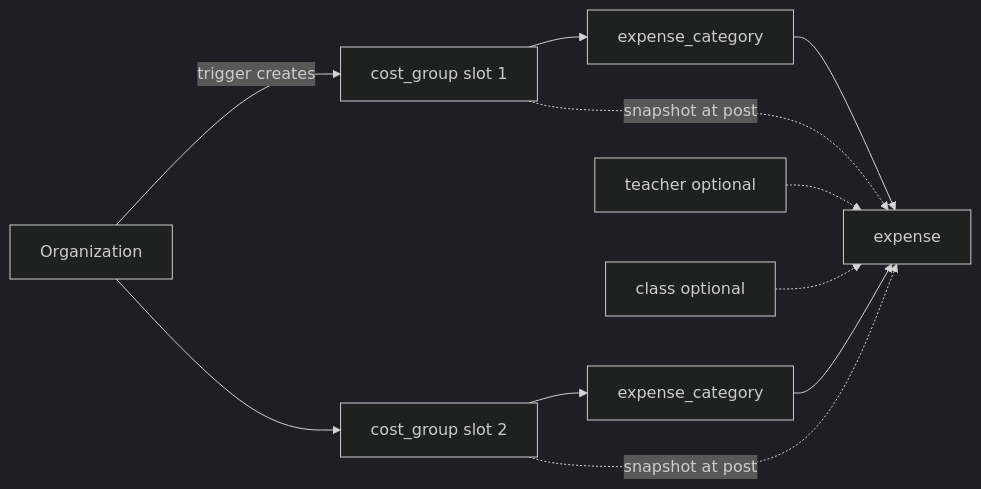
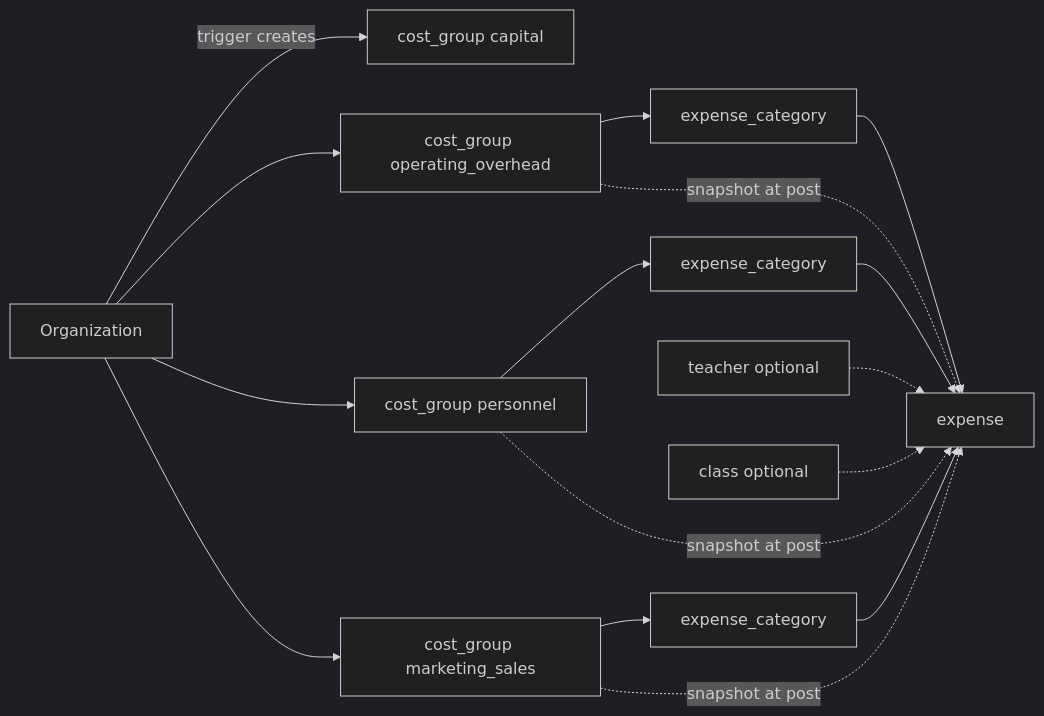
The second of 4 diagrams in docs/m2-finance-domain-contract.md (phuongb2w-lgtm/olli), drawn with Mermaid (dark theme) before and after one commit. The commit also changed other lines of this file and 10 other files, not shown here.

````diff
--- a/docs/m2-finance-domain-contract.md
+++ b/docs/m2-finance-domain-contract.md
@@ -58,13 +58,18 @@
 ```mermaid
 flowchart LR
-    ORG[Organization] -->|trigger creates| CG1[cost_group slot 1]
-    ORG --> CG2[cost_group slot 2]
-    CG1 --> EC1[expense_category]
-    CG2 --> EC2[expense_category]
+    ORG[Organization] -->|trigger creates| CGA[cost_group capital]
+    ORG --> CGB1[cost_group operating_overhead]
+    ORG --> CGB2[cost_group personnel]
+    ORG --> CGC[cost_group marketing_sales]
+    CGB1 --> EC1[expense_category]
+    CGB2 --> EC2[expense_category]
+    CGC --> EC3[expense_category]
     EC1 --> EX[expense]
     EC2 --> EX
-    CG1 -.->|snapshot at post| EX
-    CG2 -.->|snapshot at post| EX
+    EC3 --> EX
+    CGB1 -.->|snapshot at post| EX
+    CGB2 -.->|snapshot at post| EX
+    CGC -.->|snapshot at post| EX
     TCH[teacher optional] -.-> EX
     CLS[class optional] -.-> EX
 ```
````
